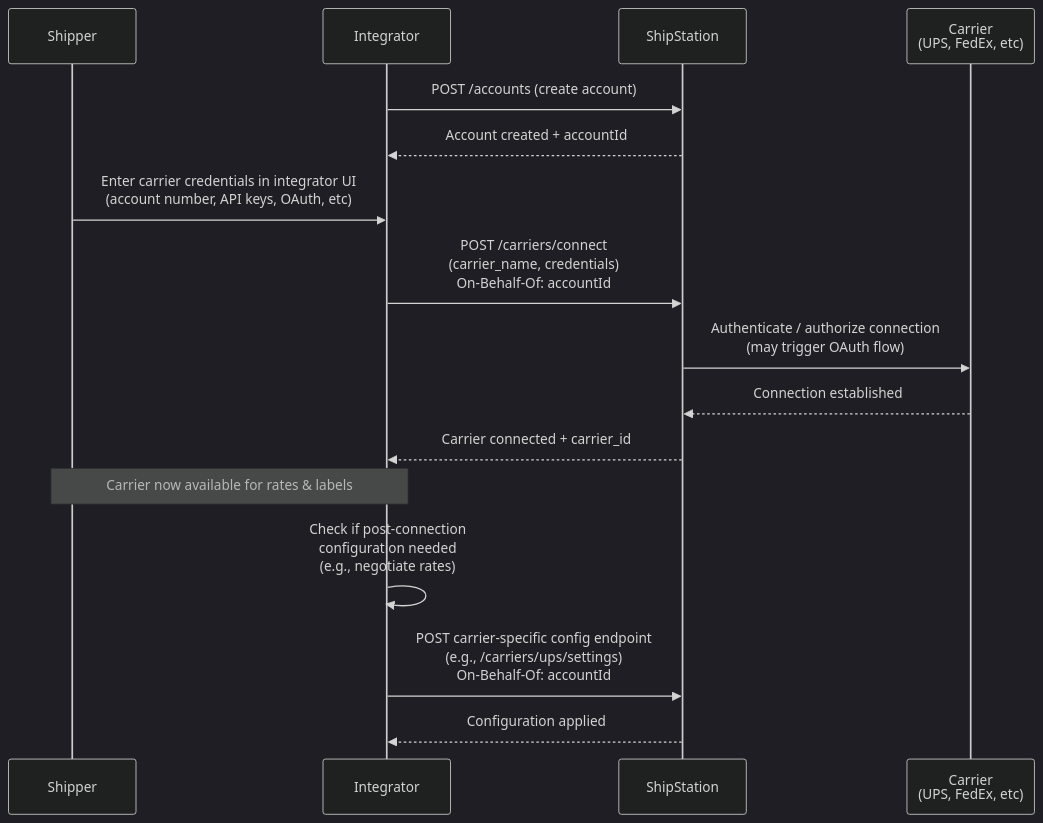
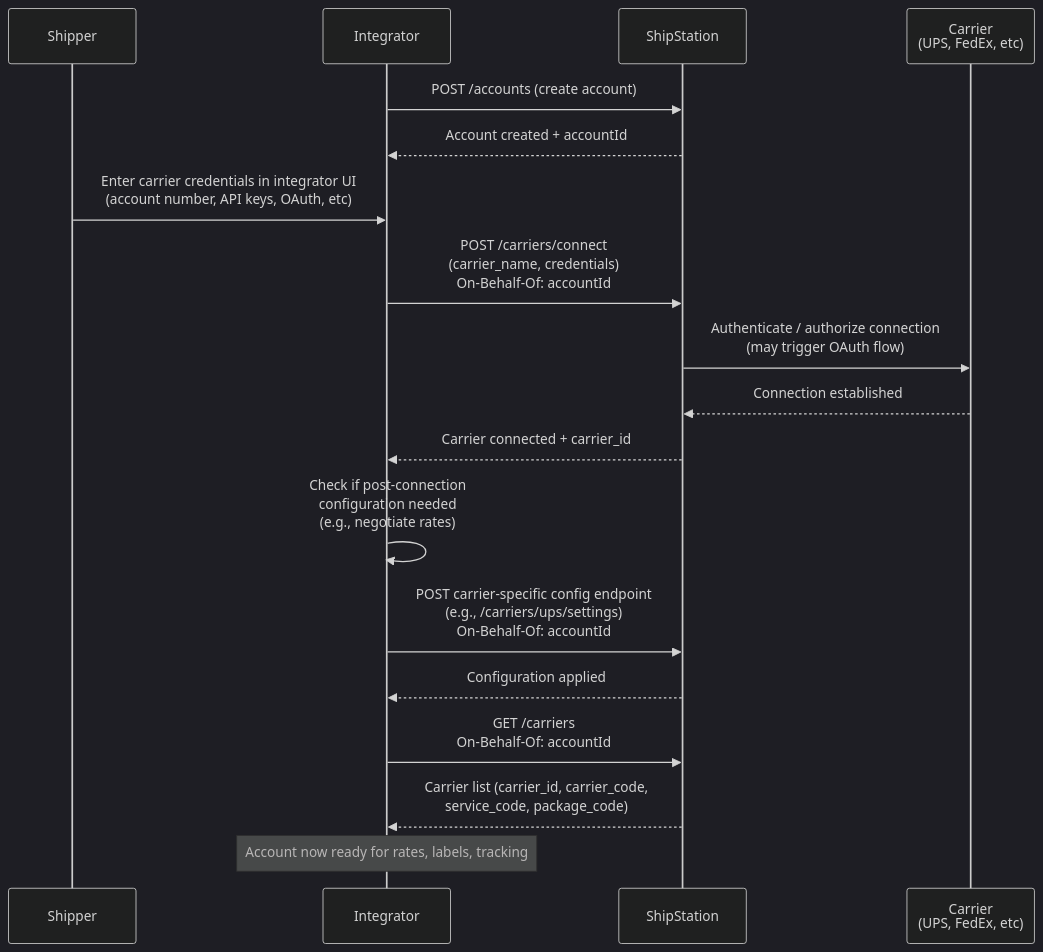
The diagram in patterns/partner api/byoa-carrier-onboarding.md (pmcgee-personal/shipstation-integration-toolkit), drawn with Mermaid (dark theme) before and after one commit. The commit also changed other lines of this file and 1 other file, not shown here.

````diff
--- a/patterns/partner api/byoa-carrier-onboarding.md
+++ b/patterns/partner api/byoa-carrier-onboarding.md
@@ -9,24 +9,27 @@
 ```mermaid
 sequenceDiagram
     participant Shipper
     participant Integrator
     participant ShipStation
     participant Carrier as Carrier<br/>(UPS, FedEx, etc)
 
     Integrator->>ShipStation: POST /accounts (create account)
     ShipStation-->>Integrator: Account created + accountId
 
     Shipper->>Integrator: Enter carrier credentials in integrator UI<br/>(account number, API keys, OAuth, etc)
 
     Integrator->>ShipStation: POST /carriers/connect<br/>(carrier_name, credentials)<br/>On-Behalf-Of: accountId
     ShipStation->>Carrier: Authenticate / authorize connection<br/>(may trigger OAuth flow)
     Carrier-->>ShipStation: Connection established
 
     ShipStation-->>Integrator: Carrier connected + carrier_id
 
-    Note over Integrator,Shipper: Carrier now available for rates & labels
-
     Integrator->>Integrator: Check if post-connection<br/>configuration needed<br/>(e.g., negotiate rates)
     Integrator->>ShipStation: POST carrier-specific config endpoint<br/>(e.g., /carriers/ups/settings)<br/>On-Behalf-Of: accountId
     ShipStation-->>Integrator: Configuration applied
+
+    Integrator->>ShipStation: GET /carriers<br/>On-Behalf-Of: accountId
+    ShipStation-->>Integrator: Carrier list (carrier_id, carrier_code,<br/>service_code, package_code)
+
+    Note over Integrator: Account now ready for rates, labels, tracking
 ```
````
